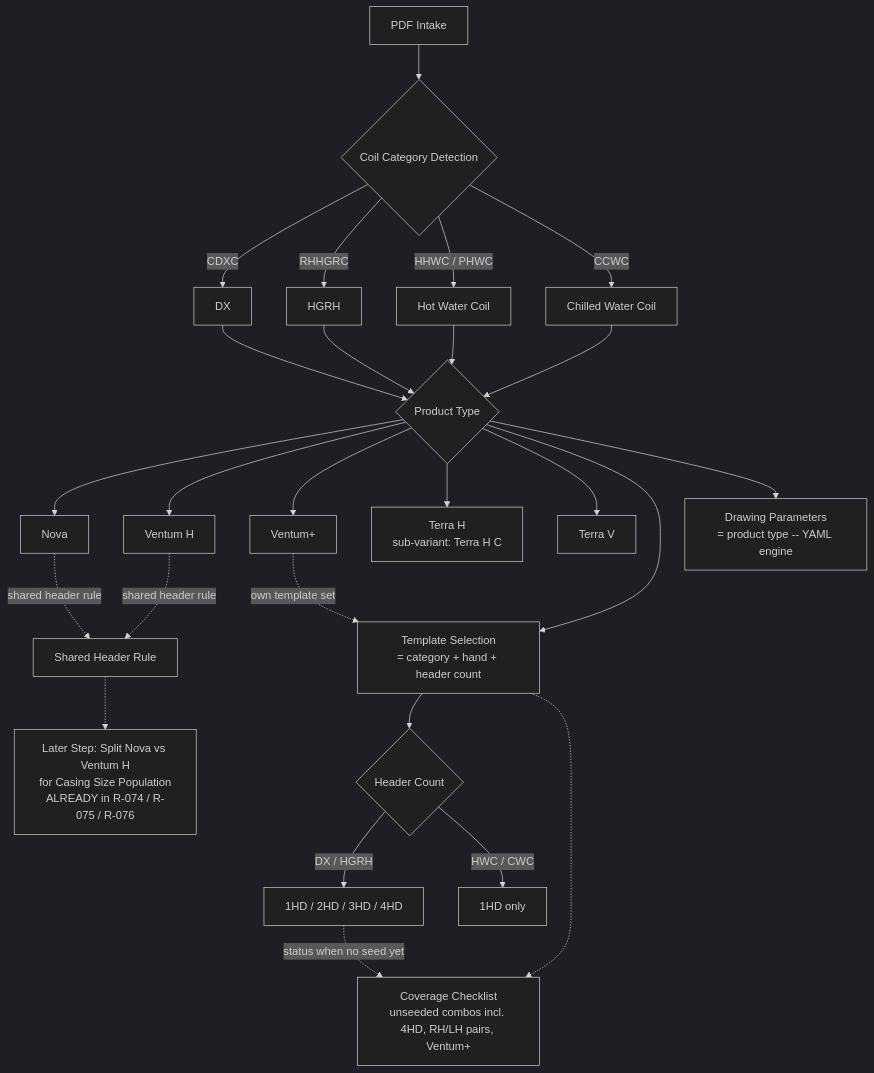
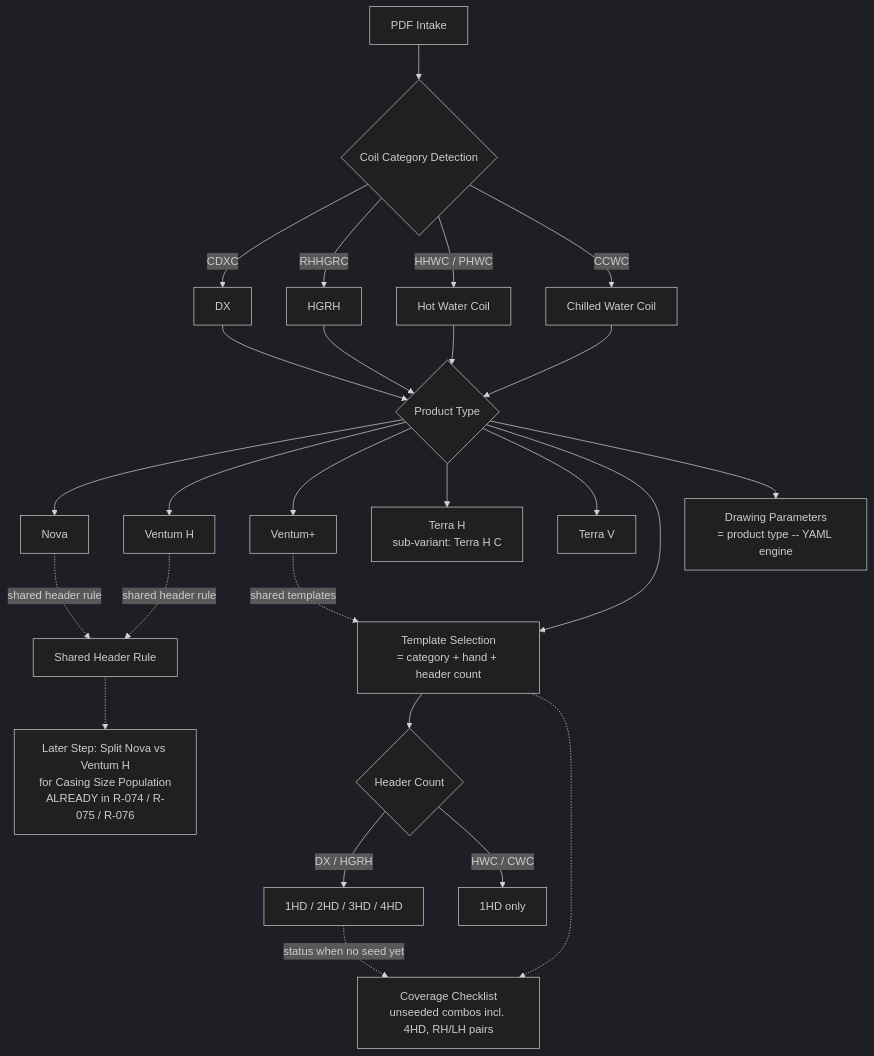
The diagram in CLAUDE.md (BohyungKim/CoilForge), drawn with Mermaid (dark theme) before and after one commit. The commit also changed other lines of this file and 3 other files, not shown here.

First line of the commit message:
feat(drawing): let Ventum+ draw via shared CoilMaster templates

````diff
--- a/CLAUDE.md
+++ b/CLAUDE.md
@@ -259,36 +262,36 @@
 ```mermaid
 flowchart TD
     PDF[PDF Intake] --> DETECT{Coil Category Detection}
     DETECT -->|CDXC| DX[DX]
     DETECT -->|RHHGRC| HGRH[HGRH]
     DETECT -->|HHWC / PHWC| HWC[Hot Water Coil]
     DETECT -->|CCWC| CWC[Chilled Water Coil]
 
     DX & HGRH & HWC & CWC --> PT{Product Type}
 
     %% Terra H / Terra V are first-class; Terra H C is a sub-variant of Terra H
     PT --> NOVA[Nova]
     PT --> VH[Ventum H]
     PT --> VP[Ventum+]
     PT --> TH[Terra H<br/>sub-variant: Terra H C]
     PT --> TV[Terra V]
     NOVA & VH -.->|shared header rule| SHARED[Shared Header Rule]
 
     %% Two parallel routings (the architectural seam — kept separate)
     PT --> TPL[Template Selection<br/>= category + hand + header count]
     PT --> PARAM[Drawing Parameters<br/>= product type -- YAML engine]
-    %% Ventum+ forks its own template set; Nova/VH/Terra share
-    VP -.->|own template set| TPL
+    %% All lines (Nova/VH/Terra/Ventum+) share the product-agnostic templates
+    VP -.->|shared templates| TPL
 
     %% Header count 1-4 first-class; 4HD buildable once a real PDF is seeded
     TPL --> HC{Header Count}
     HC -->|DX / HGRH| HD14[1HD / 2HD / 3HD / 4HD]
     HC -->|HWC / CWC| HD1[1HD only]
     HD14 -.->|status when no seed yet| CHECK
 
-    %% Every unseeded category/hand/header/Ventum+ combo is tracked
-    TPL -.-> CHECK[Coverage Checklist<br/>unseeded combos incl. 4HD, RH/LH pairs, Ventum+]
+    %% Every unseeded category/hand/header combo is tracked
+    TPL -.-> CHECK[Coverage Checklist<br/>unseeded combos incl. 4HD, RH/LH pairs]
 
     %% 'Later step' — already implemented
     SHARED -.-> CASING[Later Step: Split Nova vs Ventum H<br/>for Casing Size Population<br/>ALREADY in R-074 / R-075 / R-076]
 ```
````
